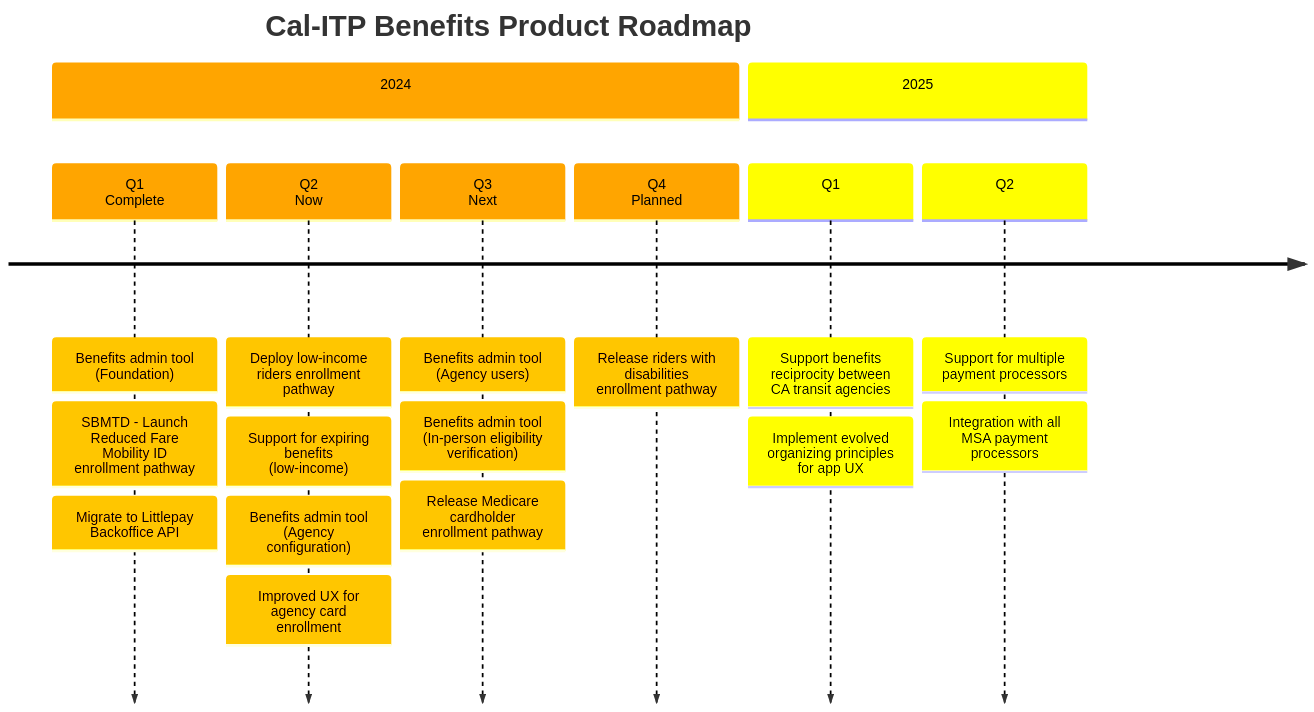
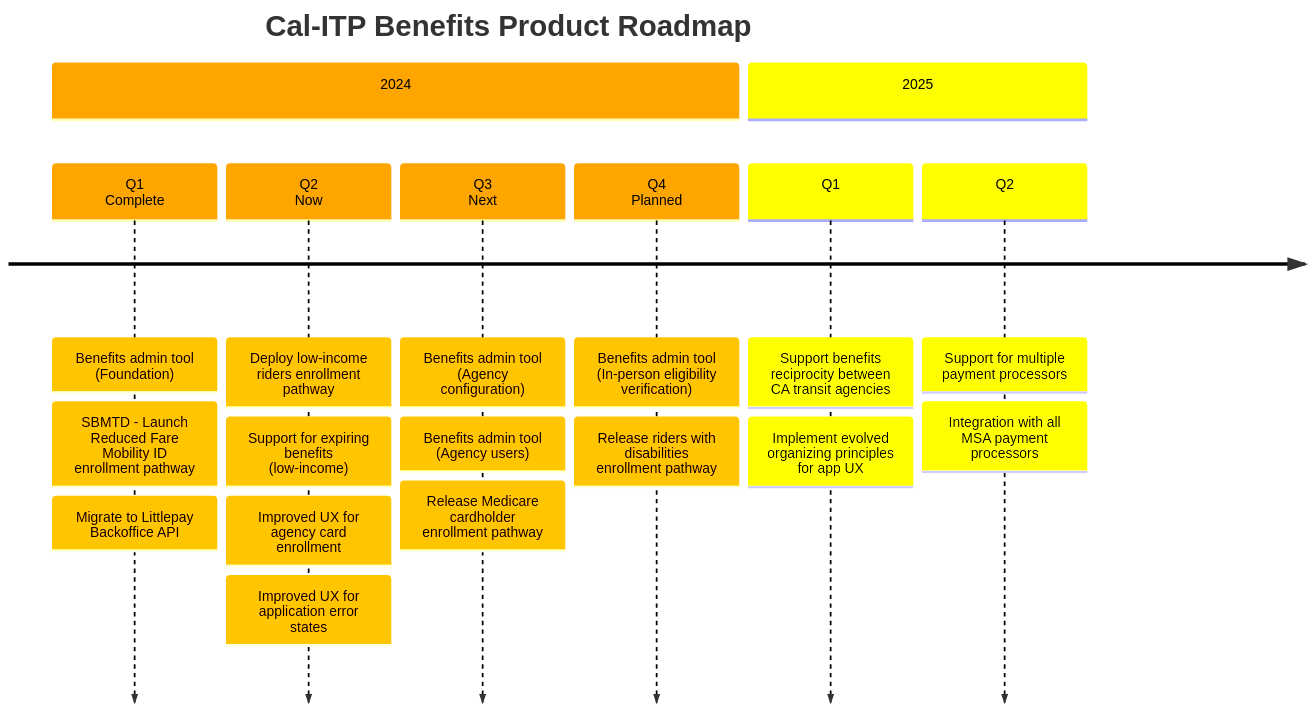
Before and after one commit to cal-itp/benefits: the diagram in docs/enrollment-pathways/README.md, drawn with Mermaid.

Commit message:
Roadmap revisions
- added Improved UX for application error states milestone
- shifted milestones for the Benefits admin tool to later in the year.

````diff
--- a/docs/enrollment-pathways/README.md
+++ b/docs/enrollment-pathways/README.md
@@ -19,53 +19,54 @@
 ```mermaid
 timeline
     title Cal-ITP Benefits Product Roadmap
 %% Cal-ITP Benefits Epics (2024)
           section 2024
 
           Q1<br>Complete
           : Benefits admin tool (Foundation)
           : SBMTD - Launch Reduced Fare Mobility ID enrollment pathway
           : Migrate to Littlepay Backoffice API
 
           Q2<br>Now
           : Deploy low-income riders enrollment pathway
           : Support for expiring benefits (low-income)
-          : Benefits admin tool (Agency configuration)
           : Improved UX for agency card enrollment
+          : Improved UX for application error states
           %% : Release enhancements to Veterans pathway
 
           Q3<br>Next
+          : Benefits admin tool (Agency configuration)
           : Benefits admin tool (Agency users)
-          : Benefits admin tool (In-person eligibility verification)
           : Release Medicare cardholder enrollment pathway
 
           Q4<br>Planned
+          : Benefits admin tool (In-person eligibility verification)
           : Release riders with disabilities enrollment pathway
 
 %% Cal-ITP Benefits Epics (2025)
           section 2025
 
           Q1
           : Support benefits reciprocity between CA transit agencies
           : Implement evolved organizing principles for app UX
 
           Q2
           : Support for multiple payment processors
           : Integration with all MSA payment processors
 
 %%{
     init: {
         'logLevel': 'debug',
         'theme': 'default' ,
         'themeVariables': {
             'cScale0': '#ffa500', 'cScaleLabel0': '#000000',
             'cScale1': '#ffff00', 'cScaleLabel1': '#000000',
             'cScale2': '#ffff00', 'cScaleLabel2': '#000000',
             'cScale3': '#008000', 'cScaleLabel3': '#ffffff',
             'cScale4': '#0000ff', 'cScaleLabel4': '#ffffff',
             'cScale5': '#4b0082', 'cScaleLabel5': '#ffffff',
             'cScale6': '#000000', 'cScaleLabel6': '#ffffff'
         }
     }
 }%%
 ```
````
